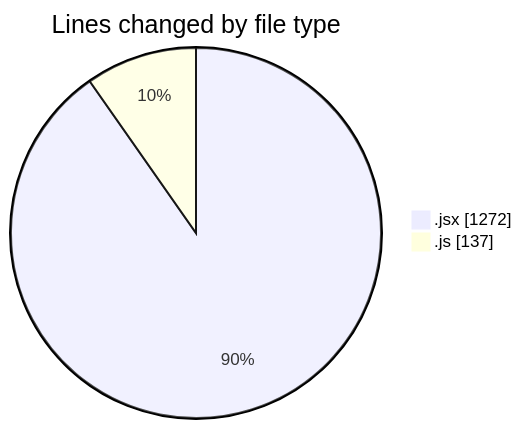
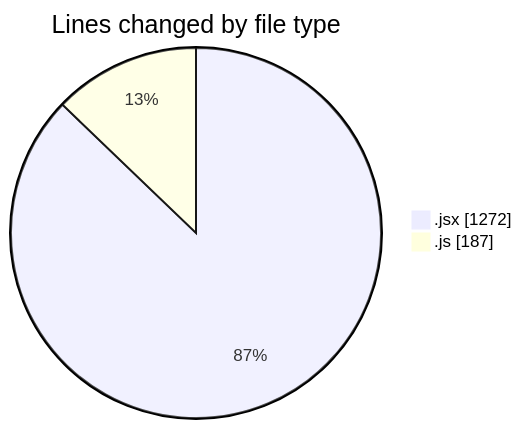
One commit to nxtqubesakshisongat/code-tracking changed the first of 2 diagrams in 2025-05-19/nxtqube_webapp/README.md. Above: the diagram before and after it, drawn with Mermaid. The commit also changed other lines of this file and 1 other file, not shown here.

````diff
--- a/2025-05-19/nxtqube_webapp/README.md
+++ b/2025-05-19/nxtqube_webapp/README.md
@@ -25,6 +26,6 @@
 ```mermaid
 pie showData
 title Lines changed by file type
 ".jsx" : 1272
-".js" : 137
+".js" : 187
 ```
````
